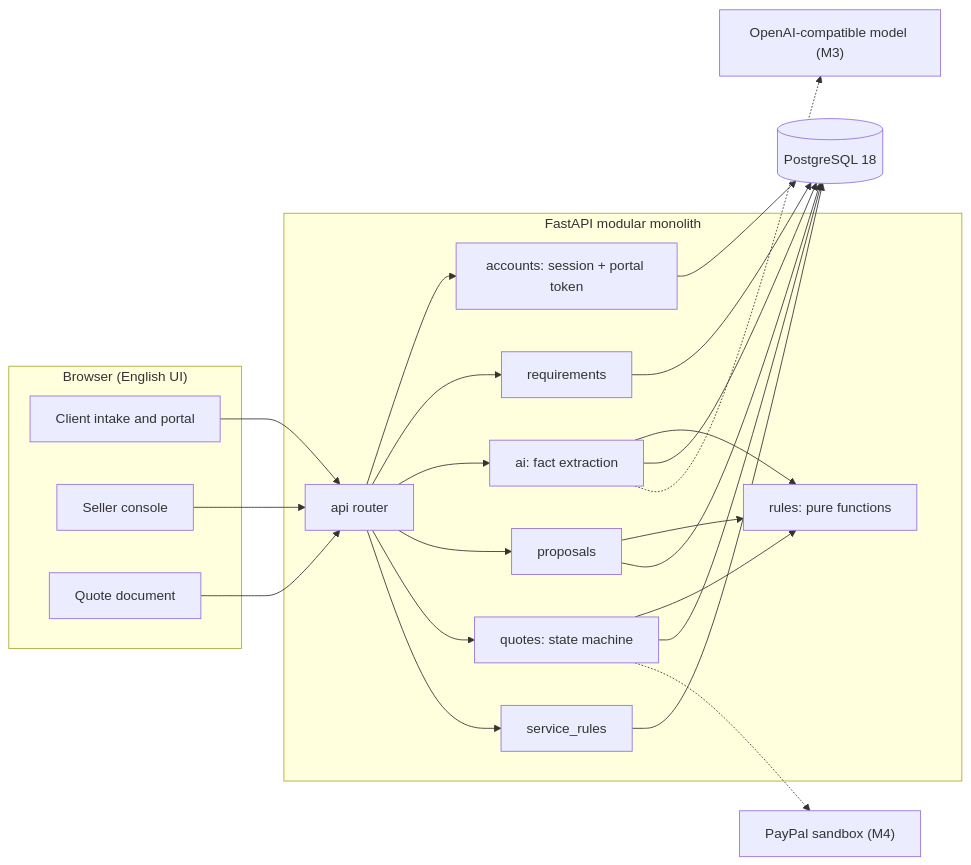
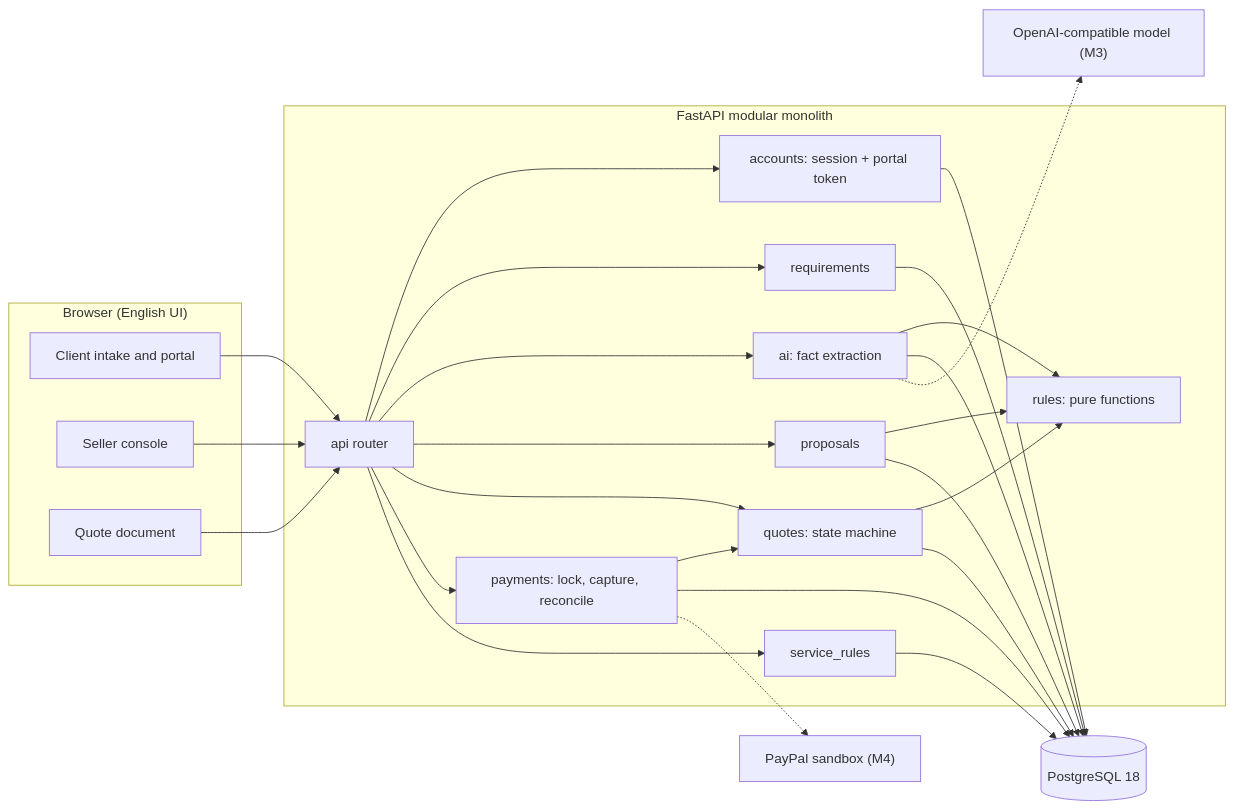
The diagram in README.md (1634594707/ScopeBridge), drawn with Mermaid before and after one commit. The commit also changed other lines of this file and 30 other files, not shown here.

First line of the commit message:
feat(payments): lock quotes before PayPal, verify captures, snapshot or reconcile

````diff
--- a/README.md
+++ b/README.md
@@ -69,42 +79,46 @@
 ```mermaid
 flowchart LR
     subgraph Browser["Browser (English UI)"]
         A["Client intake and portal"]
         B["Seller console"]
         C["Quote document"]
     end
     subgraph API["FastAPI modular monolith"]
         R["api router"]
         AUTH["accounts: session + portal token"]
         REQ["requirements"]
         AI["ai: fact extraction"]
         PROP["proposals"]
         QUOTE["quotes: state machine"]
+        PAY["payments: lock, capture, reconcile"]
         RULES["rules: pure functions"]
         SR["service_rules"]
     end
     DB[("PostgreSQL 18")]
     LLM["OpenAI-compatible model (M3)"]
     PG["PayPal sandbox (M4)"]
 
     A --> R
     B --> R
     C --> R
     R --> AUTH
     R --> REQ
     R --> AI
     R --> PROP
     R --> QUOTE
+    R --> PAY
     R --> SR
     AI --> RULES
     PROP --> RULES
     QUOTE --> RULES
+    PAY --> QUOTE
     AUTH --> DB
     AI --> DB
     REQ --> DB
     PROP --> DB
     QUOTE --> DB
+    PAY --> DB
     SR --> DB
     AI -.-> LLM
-    QUOTE -.-> PG
+    PAY -.-> PG
 ```
````
